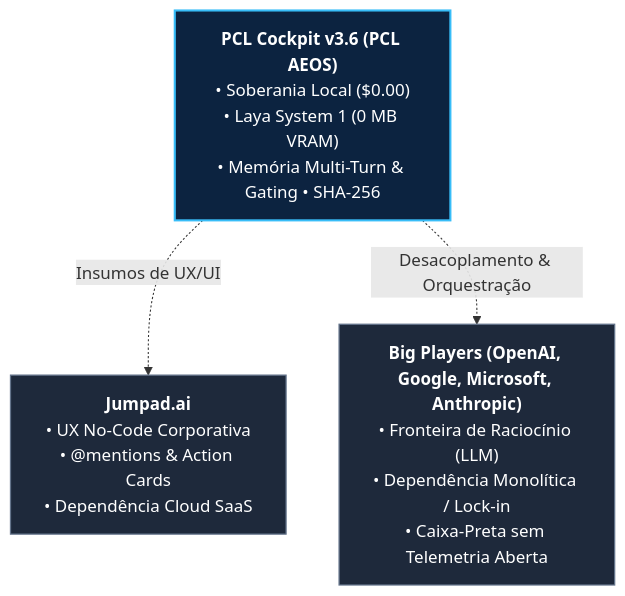
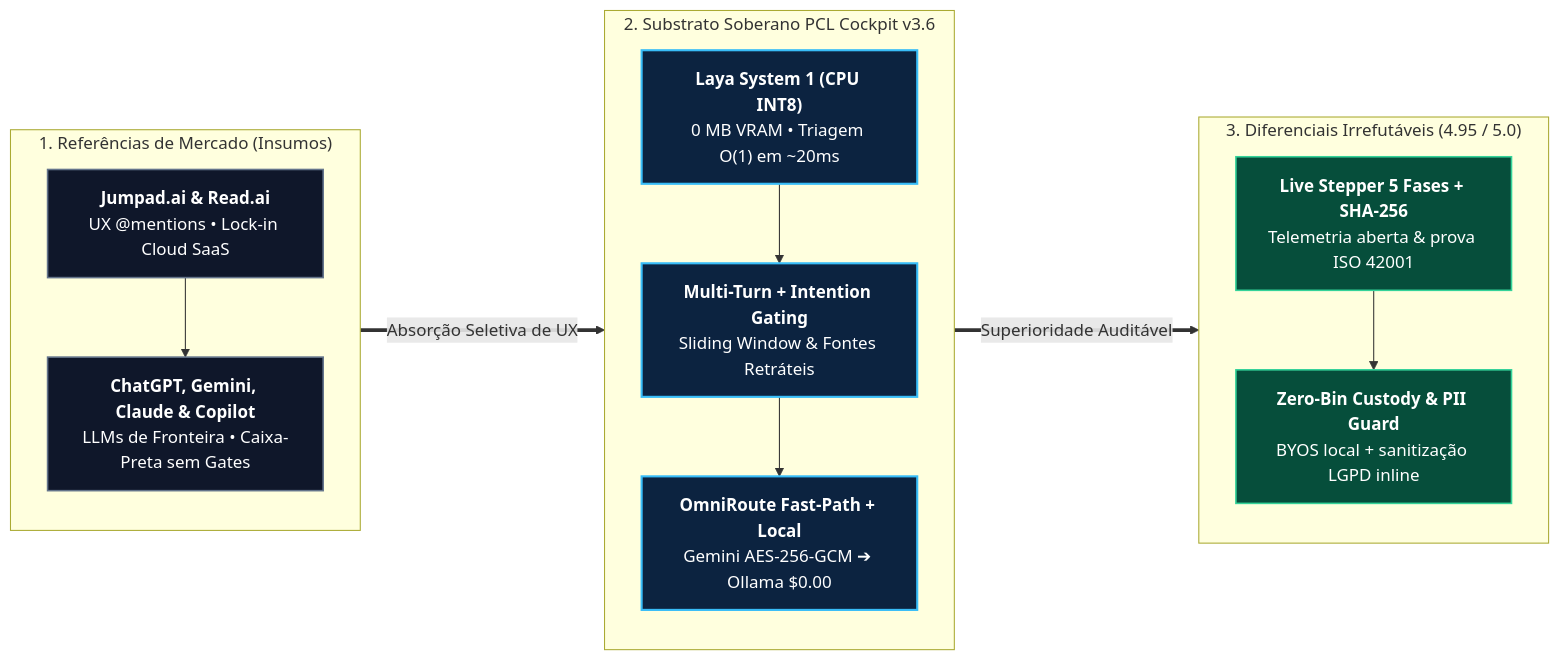
One commit to EnterDufter/PromptCoreLabs_AEOS changed the diagram in knowledge/warm/competitive/PCL_COCKPIT_COMPETITIVE_MATRIX.md. Above: the diagram before and after it, drawn with Mermaid. The commit also changed other lines of this file and 34 other files, not shown here.

First line of the commit message:
docs(aeos-v3.6): upgrade complete repository & Living Architecture portal with pure UTF-8, Dual-Track narrative & Cortex v7 diagrams

````diff
--- a/knowledge/warm/competitive/PCL_COCKPIT_COMPETITIVE_MATRIX.md
+++ b/knowledge/warm/competitive/PCL_COCKPIT_COMPETITIVE_MATRIX.md
@@ -22,14 +28,30 @@
 ```mermaid
-graph TD
+flowchart LR
+    classDef market fill:#0f172a,stroke:#64748b,stroke-width:1.5px,color:#ffffff;
     classDef pcl fill:#0c2340,stroke:#38bdf8,stroke-width:2px,color:#ffffff;
-    classDef market fill:#1e293b,stroke:#64748b,stroke-width:1.2px,color:#ffffff;
+    classDef win fill:#064e3b,stroke:#34d399,stroke-width:1.5px,color:#ffffff;
 
-    PCL["<b>PCL Cockpit v3.6 (PCL AEOS)</b><br/>• Soberania Local ($0.00)<br/>• Laya System 1 (0 MB VRAM)<br/>• Memória Multi-Turn & Gating • SHA-256"]:::pcl
+    subgraph MKT["1. Referências de Mercado (Insumos)"]
+        direction TB
+        JUMP["<b>Jumpad.ai & Read.ai</b><br/>UX @mentions • Lock-in Cloud SaaS"]:::market
+        BIG["<b>ChatGPT, Gemini, Claude & Copilot</b><br/>LLMs de Fronteira • Caixa-Preta sem Gates"]:::market
+        JUMP --> BIG
+    end
 
-    JUMP["<b>Jumpad.ai</b><br/>• UX No-Code Corporativa<br/>• @mentions & Action Cards<br/>• Dependência Cloud SaaS"]:::market
+    subgraph CORE["2. Substrato Soberano PCL Cockpit v3.6"]
+        direction TB
+        C1["<b>Laya System 1 (CPU INT8)</b><br/>0 MB VRAM • Triagem O(1) em ~20ms"]:::pcl
+        C2["<b>Multi-Turn + Intention Gating</b><br/>Sliding Window & Fontes Retráteis"]:::pcl
+        C3["<b>OmniRoute Fast-Path + Local</b><br/>Gemini AES-256-GCM ➔ Ollama $0.00"]:::pcl
+        C1 --> C2 --> C3
+    end
 
-    BIG["<b>Big Players (OpenAI, Google, Microsoft, Anthropic)</b><br/>• Fronteira de Raciocínio (LLM)<br/>• Dependência Monolítica / Lock-in<br/>• Caixa-Preta sem Telemetria Aberta"]:::market
+    subgraph ADV["3. Diferenciais Irrefutáveis (4.95 / 5.0)"]
+        direction TB
+        A1["<b>Live Stepper 5 Fases + SHA-256</b><br/>Telemetria aberta & prova ISO 42001"]:::win
+        A2["<b>Zero-Bin Custody & PII Guard</b><br/>BYOS local + sanitização LGPD inline"]:::win
+        A1 --> A2
+    end
 
-    PCL -.->|"Insumos de UX/UI"| JUMP
-    PCL -.->|"Desacoplamento & Orquestração"| BIG
+    MKT ==>|"Absorção Seletiva de UX"| CORE ==>|"Superioridade Auditável"| ADV
 ```
````
